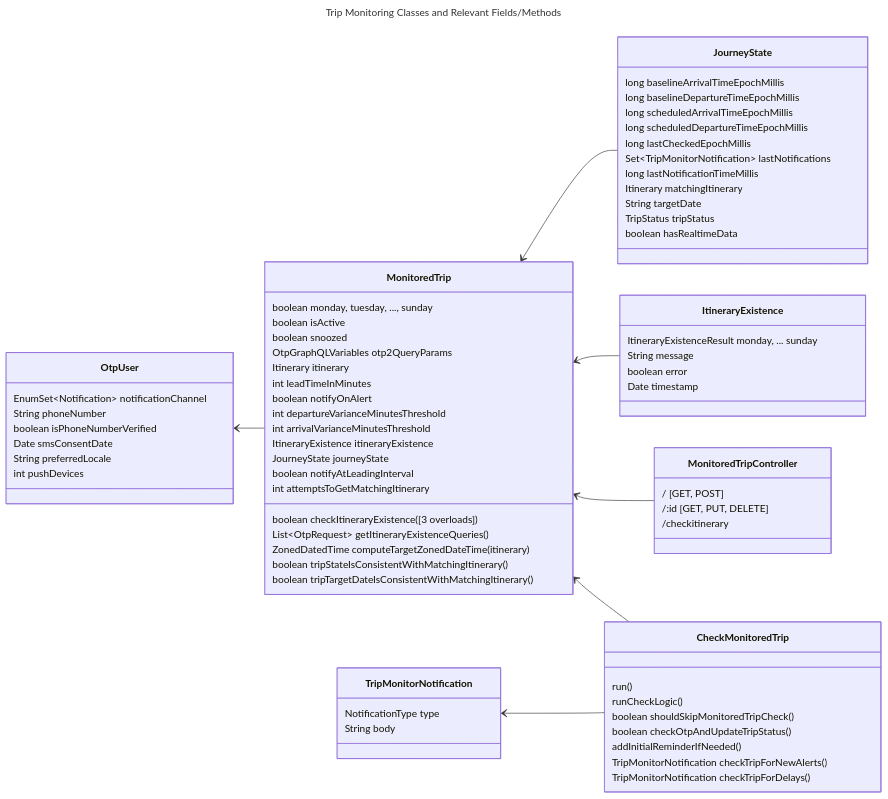
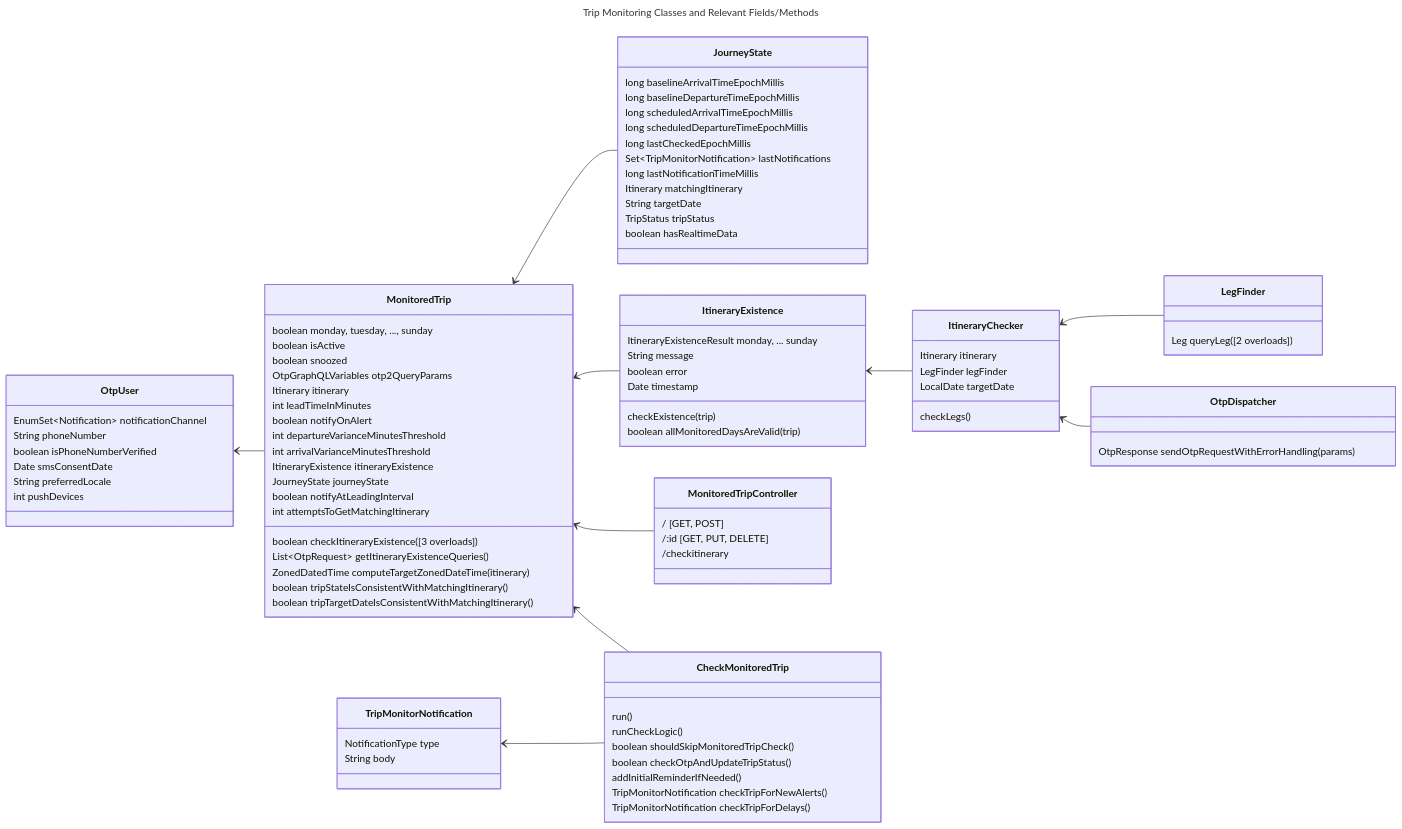
Before and after one commit to ibi-group/otp-middleware: the first of 4 diagrams in docs/trip-monitoring.md, drawn with Mermaid. The commit also changed other lines of this file, not shown here.

Commit message:
docs(trip-monitoring): Add itinerary existence-related methods.

````diff
--- a/docs/trip-monitoring.md
+++ b/docs/trip-monitoring.md
@@ -64,6 +64,8 @@
         String message
         boolean error
         Date timestamp
+        checkExistence(trip)
+        boolean allMonitoredDaysAreValid(trip)
     }
     class MonitoredTripController {
         / [GET, POST]
@@ -83,11 +85,26 @@
         NotificationType type
         String body
     }
+    class ItineraryChecker {
+        Itinerary itinerary
+        LegFinder legFinder
+        LocalDate targetDate
+        checkLegs()
+    }
+    class LegFinder {
+        Leg queryLeg([2 overloads])
+    }
+    class OtpDispatcher {
+        OtpResponse sendOtpRequestWithErrorHandling(params)
+    }
     MonitoredTrip --> OtpUser
     JourneyState --> MonitoredTrip
     ItineraryExistence --> MonitoredTrip
     MonitoredTripController --> MonitoredTrip
     CheckMonitoredTrip --> MonitoredTrip
     CheckMonitoredTrip --> TripMonitorNotification
+    ItineraryChecker --> ItineraryExistence
+    LegFinder --> ItineraryChecker
+    OtpDispatcher --> ItineraryChecker
 
 ```
````
